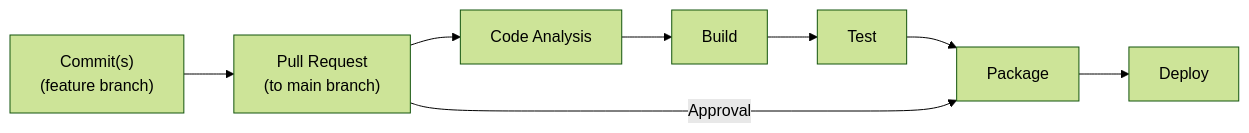
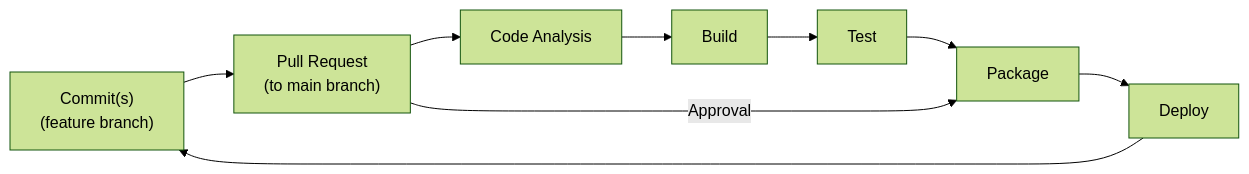
The first of 2 diagrams in README.md (MarkE0/General), drawn with Mermaid (forest theme) before and after one commit.

````diff
--- a/README.md
+++ b/README.md
@@ -8,12 +8,13 @@
 ```mermaid
 graph LR;
   C["Commit(s)
     (feature branch)"] --> PR["Pull Request
                               (to main branch)"];
   PR --> A[Code Analysis]
   A  --> B[Build]
   B  --> T[Test]
   T  --> P[Package]
   PR -- Approval --> P
   P --> D[Deploy]
+  D --> C
 ```
````
